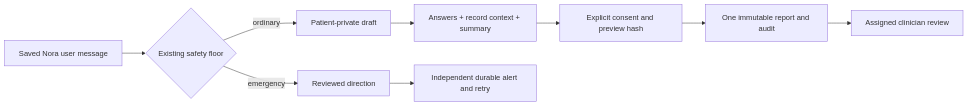
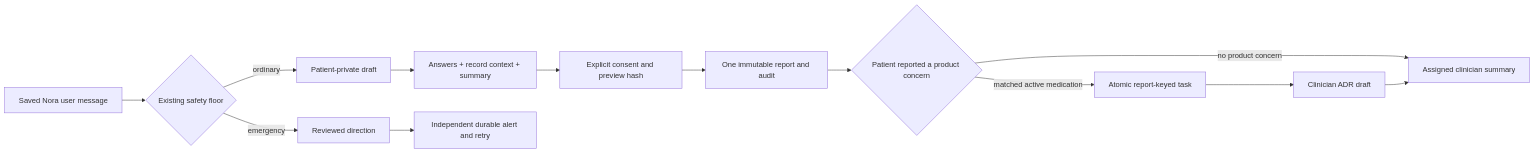
The diagram in docs/pat-002-b-acceptance-2026-10-12.md (sjsu-masters-projects/medi-agent), drawn with Mermaid before and after one commit. The commit also changed other lines of this file and 22 other files, not shown here.

Commit message:
fix(adr): connect confirmed symptoms to MedWatch review

````diff
--- a/docs/pat-002-b-acceptance-2026-10-12.md
+++ b/docs/pat-002-b-acceptance-2026-10-12.md
@@ -23,11 +23,15 @@
 ```mermaid
 flowchart LR
     Chat[Saved Nora user message] --> Safety{Existing safety floor}
     Safety -->|ordinary| Draft[Patient-private draft]
     Draft --> Preview[Answers + record context + summary]
     Preview --> Consent[Explicit consent and preview hash]
     Consent --> Report[One immutable report and audit]
-    Report --> Clinician[Assigned clinician review]
+    Report --> ADR{Patient reported a product concern}
+    ADR -->|matched active medication| Task[Atomic report-keyed task]
+    Task --> Review[Clinician ADR draft]
+    ADR -->|no product concern| Clinician[Assigned clinician summary]
+    Review --> Clinician
     Safety -->|emergency| Direction[Reviewed direction]
     Direction --> Alert[Independent durable alert and retry]
 ```
````
